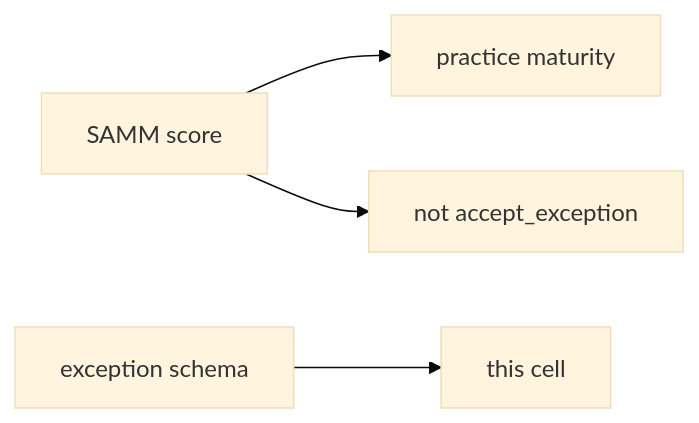
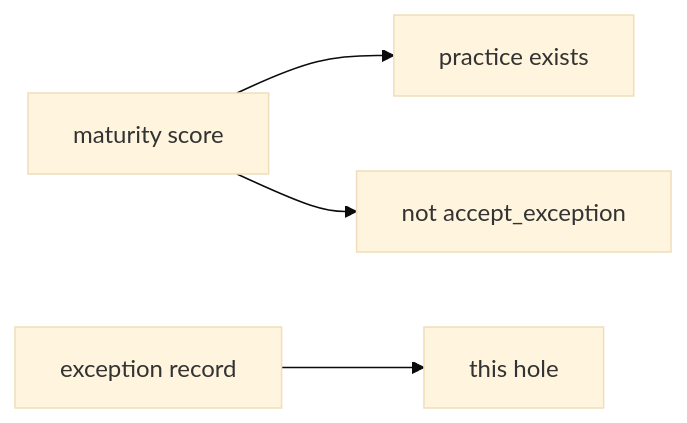
The second of 2 diagrams in content/modules/e/E6/lessons/01-property.md (ishitvagoel/LearnSecurity), drawn with Mermaid (base theme) before and after one commit. The commit also changed other lines of this file and 55 other files, not shown here.

````diff
--- a/content/modules/e/E6/lessons/01-property.md
+++ b/content/modules/e/E6/lessons/01-property.md
@@ -28,6 +29,6 @@
 ```mermaid
 flowchart LR
-  Samm[SAMM score] --> Measure[practice maturity]
-  Row[exception schema] --> Account[this cell]
-  Samm --> NotRow[not accept_exception]
+  Score[maturity score] --> Measure[practice exists]
+  Row[exception record] --> Account[this hole]
+  Score --> NotRow[not accept_exception]
 ```
````
